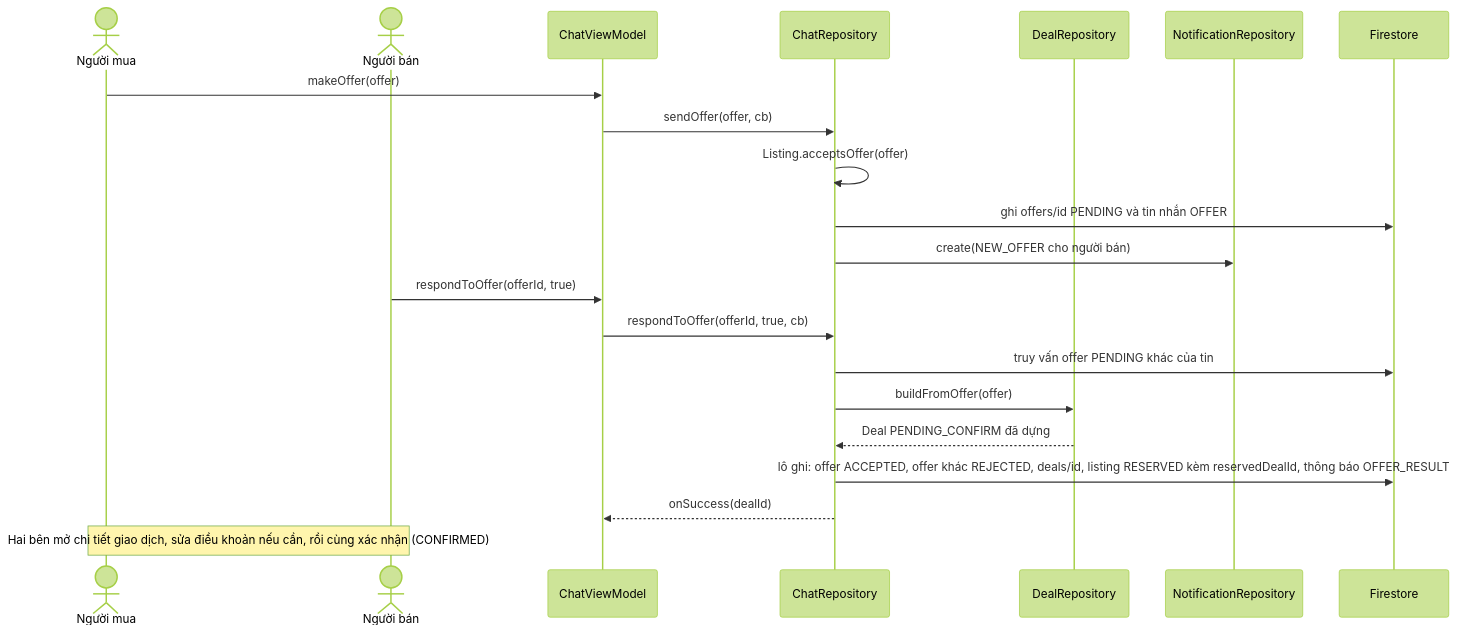
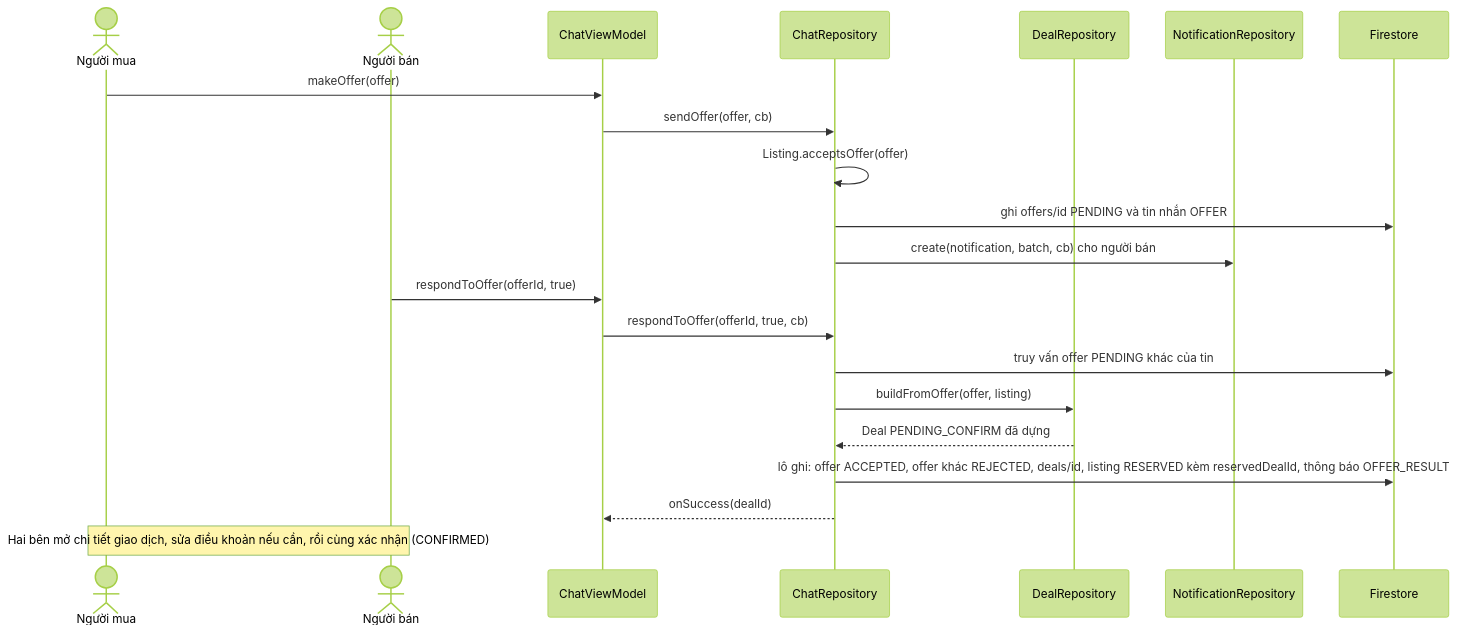
The fourth of 7 diagrams in workflow/docs/architecture/luong-xu-ly.md (tahpnart8/NHOM3-MobileApp), drawn with Mermaid (forest theme) before and after one commit. The commit also changed other lines of this file and 87 other files, not shown here.

````diff
--- a/workflow/docs/architecture/luong-xu-ly.md
+++ b/workflow/docs/architecture/luong-xu-ly.md
@@ -139,23 +139,23 @@
 ```mermaid
 sequenceDiagram
     actor B as Người mua
     actor S as Người bán
     participant CVM as ChatViewModel
     participant CR as ChatRepository
     participant DR as DealRepository
     participant NR as NotificationRepository
     participant FS as Firestore
     B->>CVM: makeOffer(offer)
     CVM->>CR: sendOffer(offer, cb)
     CR->>CR: Listing.acceptsOffer(offer)
     CR->>FS: ghi offers/id PENDING và tin nhắn OFFER
-    CR->>NR: create(NEW_OFFER cho người bán)
+    CR->>NR: create(notification, batch, cb) cho người bán
     S->>CVM: respondToOffer(offerId, true)
     CVM->>CR: respondToOffer(offerId, true, cb)
     CR->>FS: truy vấn offer PENDING khác của tin
-    CR->>DR: buildFromOffer(offer)
+    CR->>DR: buildFromOffer(offer, listing)
     DR-->>CR: Deal PENDING_CONFIRM đã dựng
     CR->>FS: lô ghi: offer ACCEPTED, offer khác REJECTED, deals/id, listing RESERVED kèm reservedDealId, thông báo OFFER_RESULT
     CR-->>CVM: onSuccess(dealId)
     Note over B,S: Hai bên mở chi tiết giao dịch, sửa điều khoản nếu cần, rồi cùng xác nhận (CONFIRMED)
 ```
````
